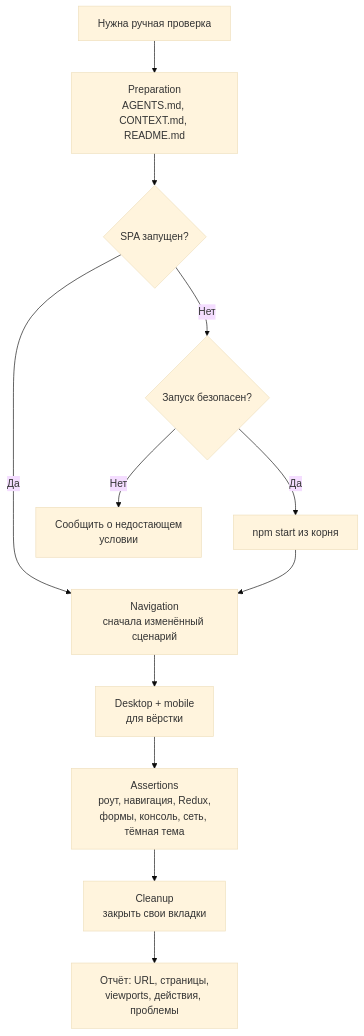
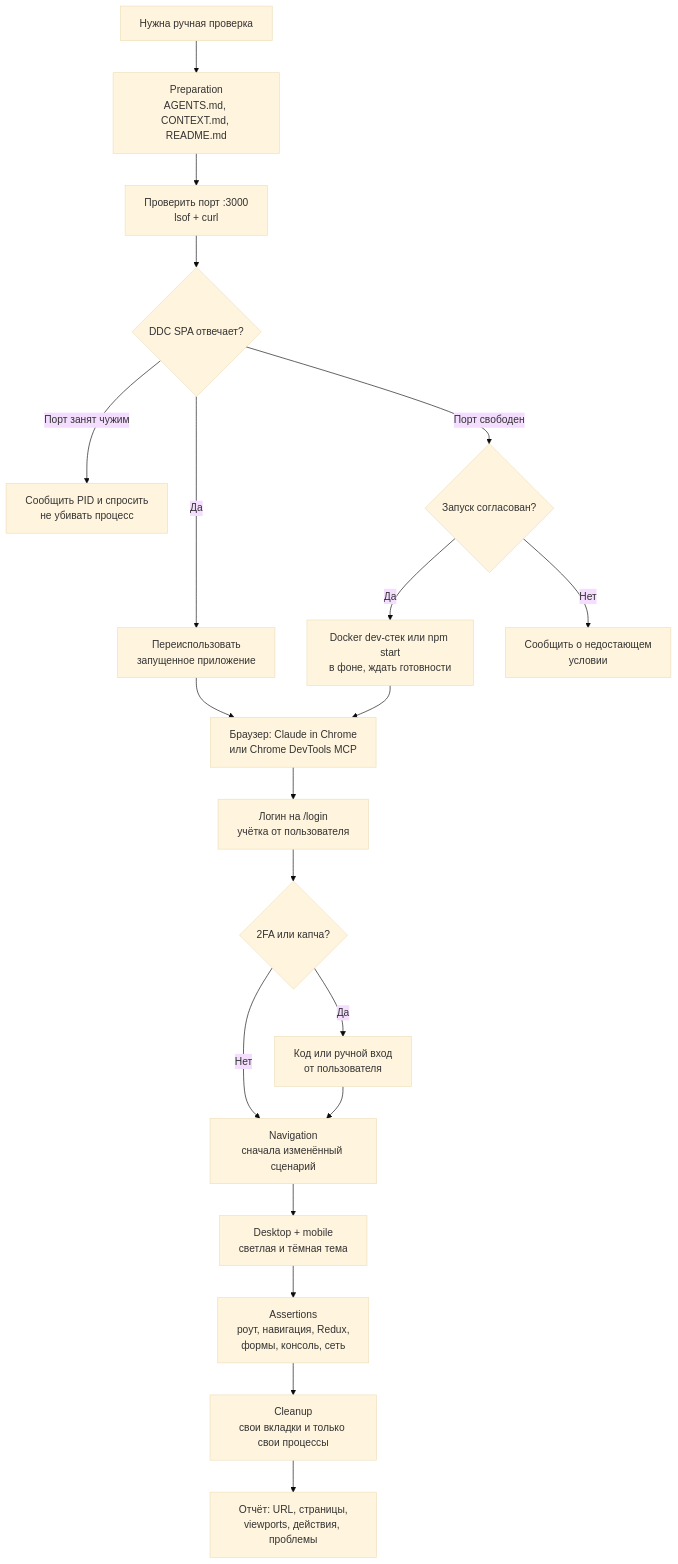
Before and after one commit to Myrhoiazov/ddc-nl-crm: the diagram in .agents/skills/manual-automation/README.md, drawn with Mermaid (base theme). The commit also changed other lines of this file and 2 other files, not shown here.

First line of the commit message:
docs(agents): adopt upstream manual-automation flow

````diff
--- a/.agents/skills/manual-automation/README.md
+++ b/.agents/skills/manual-automation/README.md
@@ -21,13 +30,22 @@
 ```mermaid
 graph TD
     Start["Нужна ручная проверка"] --> Prep["Preparation<br/>AGENTS.md, CONTEXT.md, README.md"]
-    Prep --> Running{"SPA запущен?"}
-    Running -- "Да" --> Nav["Navigation<br/>сначала изменённый сценарий"]
-    Running -- "Нет" --> Safe{"Запуск безопасен?"}
-    Safe -- "Да" --> Launch["npm start из корня"] --> Nav
-    Safe -- "Нет" --> Missing["Сообщить о недостающем<br/>условии"]
-    Nav --> Viewports["Desktop + mobile<br/>для вёрстки"]
-    Viewports --> Assert["Assertions<br/>роут, навигация, Redux,<br/>формы, консоль, сеть, тёмная тема"]
-    Assert --> Cleanup["Cleanup<br/>закрыть свои вкладки"]
+    Prep --> Probe["Проверить порт :3000<br/>lsof + curl"]
+    Probe --> Running{"DDC SPA отвечает?"}
+    Running -- "Да" --> Reuse["Переиспользовать<br/>запущенное приложение"]
+    Running -- "Порт занят чужим" --> Conflict["Сообщить PID и спросить<br/>не убивать процесс"]
+    Running -- "Порт свободен" --> Agreed{"Запуск согласован?"}
+    Agreed -- "Да" --> Launch["Docker dev-стек или npm start<br/>в фоне, ждать готовности"]
+    Agreed -- "Нет" --> Missing["Сообщить о недостающем<br/>условии"]
+    Reuse --> Tools["Браузер: Claude in Chrome<br/>или Chrome DevTools MCP"]
+    Launch --> Tools
+    Tools --> Login["Логин на /login<br/>учётка от пользователя"]
+    Login --> Challenge{"2FA или капча?"}
+    Challenge -- "Да" --> AskUser["Код или ручной вход<br/>от пользователя"]
+    Challenge -- "Нет" --> Nav["Navigation<br/>сначала изменённый сценарий"]
+    AskUser --> Nav
+    Nav --> Viewports["Desktop + mobile<br/>светлая и тёмная тема"]
+    Viewports --> Assert["Assertions<br/>роут, навигация, Redux,<br/>формы, консоль, сеть"]
+    Assert --> Cleanup["Cleanup<br/>свои вкладки и только свои процессы"]
     Cleanup --> Report["Отчёт: URL, страницы,<br/>viewports, действия, проблемы"]
 ```
````
